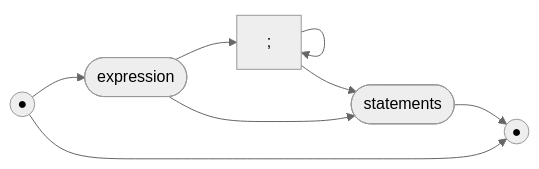
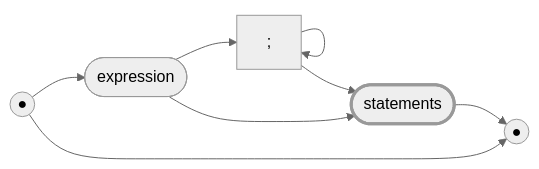
The sixth of 59 diagrams in docs/railroad.md (billhails/CEKF), drawn with Mermaid (neutral theme) before and after one commit. The commit also changed other lines of this file, not shown here.

````diff
--- a/docs/railroad.md
+++ b/docs/railroad.md
@@ -89,15 +98,16 @@
 ```mermaid
 flowchart LR
+classDef rec stroke-width:3px;
 s(("●"))
 e(("●"))
 expression([expression])
 semi[";"]
-statements([statements])
+statements([statements]):::rec
 s --> expression
 expression --> semi
 semi --> semi
 semi --> statements
 expression --> statements
 statements --> e
 s --> e
 ```
````
